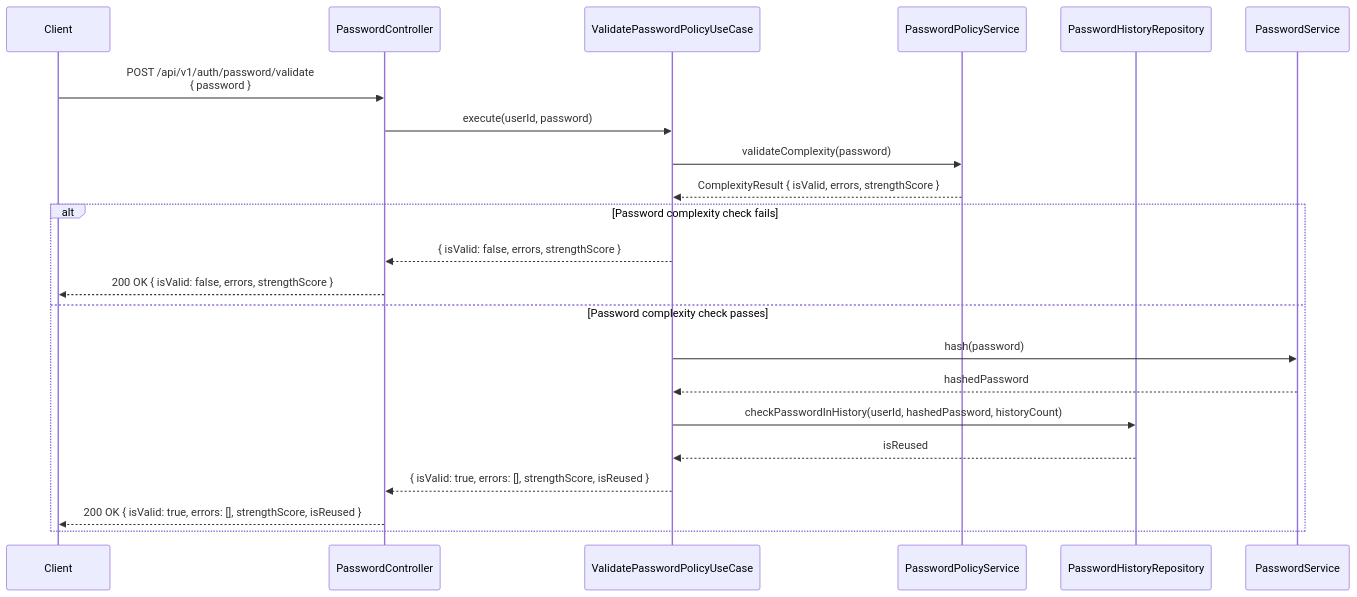
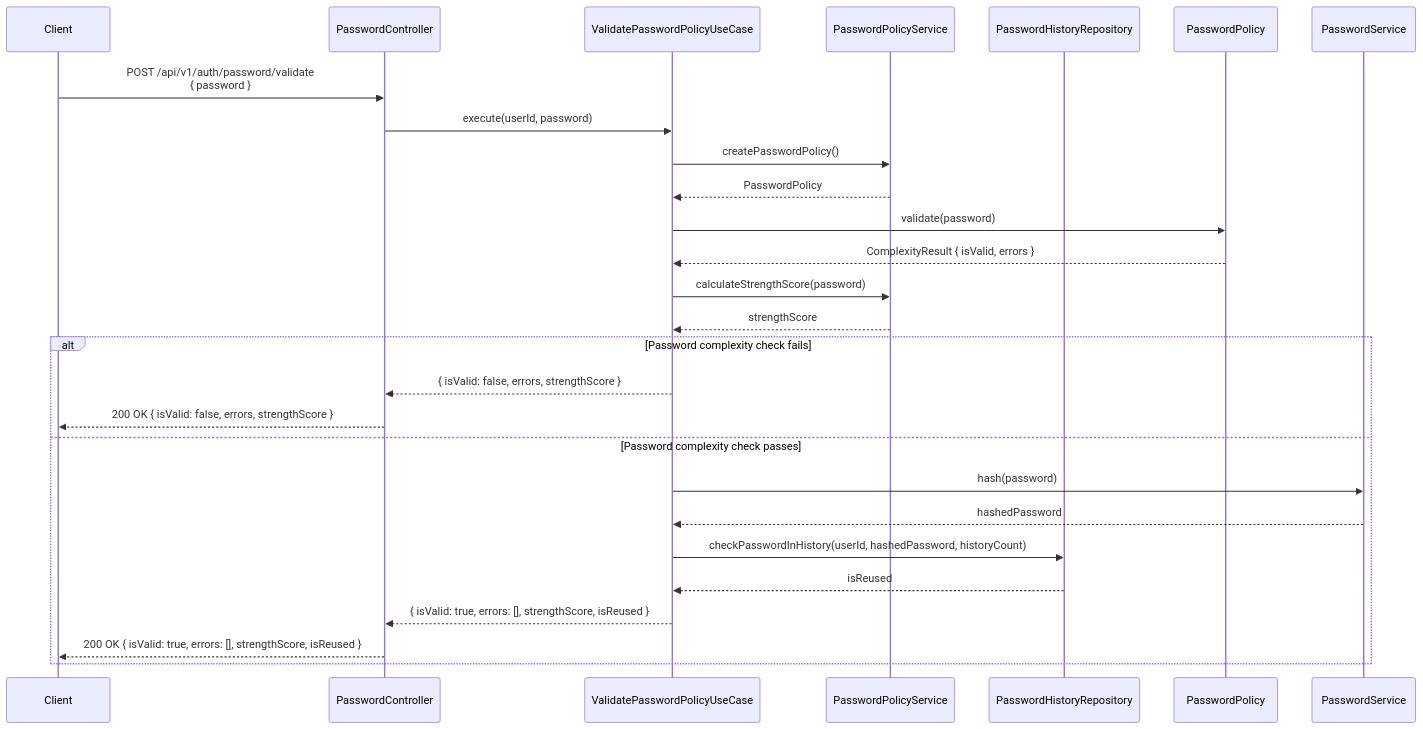
Before and after one commit to kencom2400/MrWebDefence-Console: the second of 3 diagrams in docs/detailed-design/MWD-32_password-policy-implementation/sequence-diagrams.md, drawn with Mermaid. The commit also changed other lines of this file and 4 other files, not shown here.

````diff
--- a/docs/detailed-design/MWD-32_password-policy-implementation/sequence-diagrams.md
+++ b/docs/detailed-design/MWD-32_password-policy-implementation/sequence-diagrams.md
@@ -57,28 +61,34 @@
 ```mermaid
 sequenceDiagram
     participant Client
     participant PasswordController
     participant ValidatePasswordPolicyUseCase
     participant PasswordPolicyService
     participant PasswordHistoryRepository
 
     Client->>PasswordController: POST /api/v1/auth/password/validate<br/>{ password }
     PasswordController->>ValidatePasswordPolicyUseCase: execute(userId, password)
     
-    ValidatePasswordPolicyUseCase->>PasswordPolicyService: validateComplexity(password)
-    PasswordPolicyService-->>ValidatePasswordPolicyUseCase: ComplexityResult { isValid, errors, strengthScore }
+    ValidatePasswordPolicyUseCase->>PasswordPolicyService: createPasswordPolicy()
+    PasswordPolicyService-->>ValidatePasswordPolicyUseCase: PasswordPolicy
+    
+    ValidatePasswordPolicyUseCase->>PasswordPolicy: validate(password)
+    PasswordPolicy-->>ValidatePasswordPolicyUseCase: ComplexityResult { isValid, errors }
+    
+    ValidatePasswordPolicyUseCase->>PasswordPolicyService: calculateStrengthScore(password)
+    PasswordPolicyService-->>ValidatePasswordPolicyUseCase: strengthScore
     
     alt Password complexity check fails
         ValidatePasswordPolicyUseCase-->>PasswordController: { isValid: false, errors, strengthScore }
         PasswordController-->>Client: 200 OK { isValid: false, errors, strengthScore }
     else Password complexity check passes
         ValidatePasswordPolicyUseCase->>PasswordService: hash(password)
         PasswordService-->>ValidatePasswordPolicyUseCase: hashedPassword
         
         ValidatePasswordPolicyUseCase->>PasswordHistoryRepository: checkPasswordInHistory(userId, hashedPassword, historyCount)
         PasswordHistoryRepository-->>ValidatePasswordPolicyUseCase: isReused
         
         ValidatePasswordPolicyUseCase-->>PasswordController: { isValid: true, errors: [], strengthScore, isReused }
         PasswordController-->>Client: 200 OK { isValid: true, errors: [], strengthScore, isReused }
     end
 ```
````
